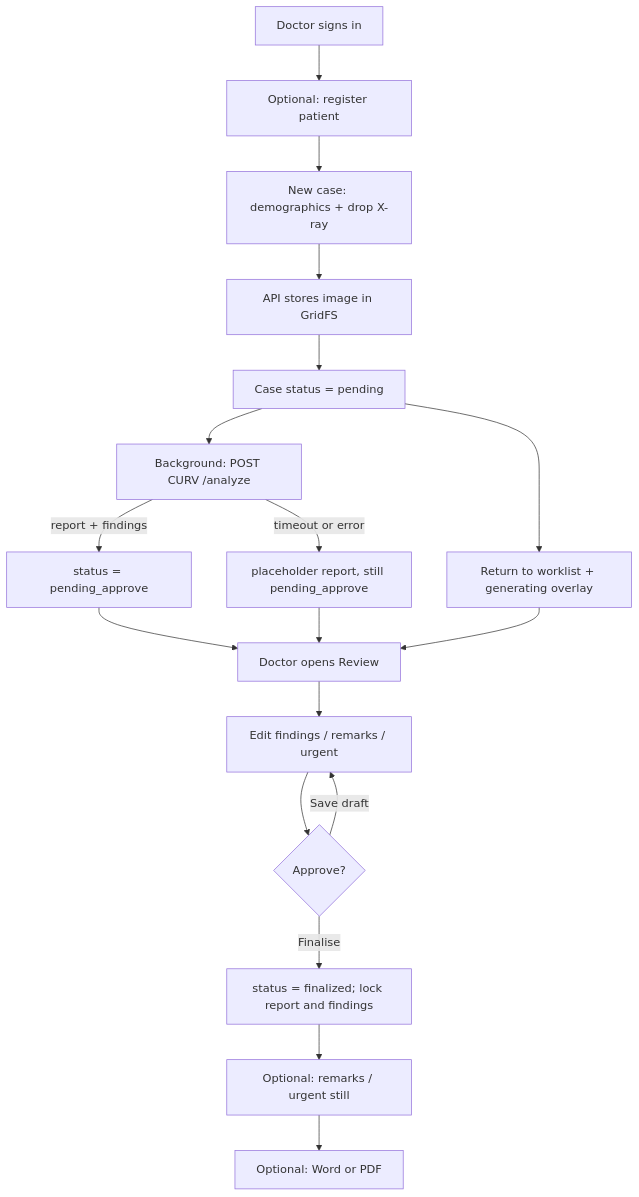
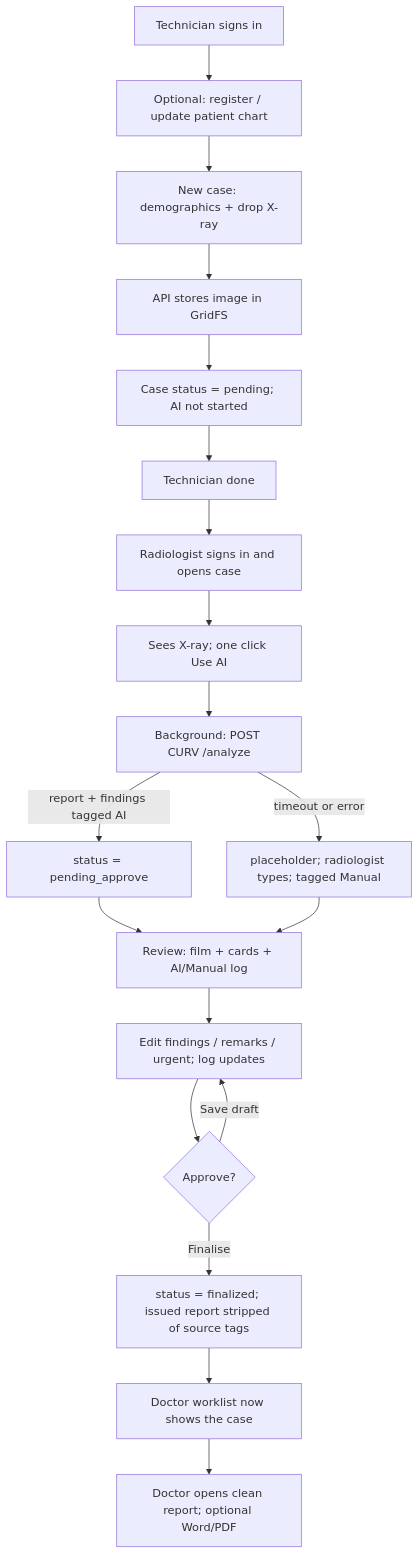
The second of 7 diagrams in docs/fyp-project-plan-and-initial-analysis.md (23226609/Radassist), drawn with Mermaid before and after one commit. The commit also changed other lines of this file and 53 other files, not shown here.

````diff
--- a/docs/fyp-project-plan-and-initial-analysis.md
+++ b/docs/fyp-project-plan-and-initial-analysis.md
@@ -532,20 +557,21 @@
 ```mermaid
 flowchart TD
-  A[Doctor signs in] --> B[Optional: register patient]
+  A[Technician signs in] --> B[Optional: register / update patient chart]
   B --> C[New case: demographics + drop X-ray]
   C --> D[API stores image in GridFS]
-  D --> E[Case status = pending]
-  E --> F[Return to worklist + generating overlay]
-  E --> G[Background: POST CURV /analyze]
-  G -->|report + findings| H[status = pending_approve]
-  G -->|timeout or error| I[placeholder report, still pending_approve]
-  H --> J[Doctor opens Review]
-  I --> J
-  F --> J
-  J --> K[Edit findings / remarks / urgent]
-  K --> L{Approve?}
-  L -->|Save draft| K
-  L -->|Finalise| M[status = finalized; lock report and findings]
-  M --> N[Optional: remarks / urgent still]
-  N --> O[Optional: Word or PDF]
+  D --> E[Case status = pending; AI not started]
+  E --> F[Technician done]
+  F --> G[Radiologist signs in and opens case]
+  G --> H[Sees X-ray; one click Use AI]
+  H --> I[Background: POST CURV /analyze]
+  I -->|report + findings tagged AI| J[status = pending_approve]
+  I -->|timeout or error| K[placeholder; radiologist types; tagged Manual]
+  J --> L[Review: film + cards + AI/Manual log]
+  K --> L
+  L --> M[Edit findings / remarks / urgent; log updates]
+  M --> N{Approve?}
+  N -->|Save draft| M
+  N -->|Finalise| O[status = finalized; issued report stripped of source tags]
+  O --> P[Doctor worklist now shows the case]
+  P --> Q[Doctor opens clean report; optional Word/PDF]
 ```
````
